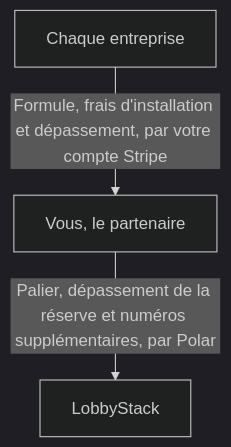
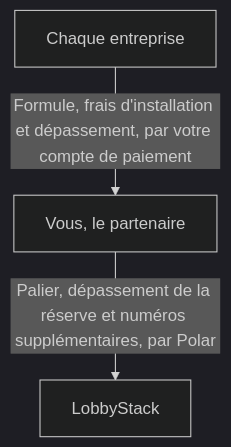
Before and after one commit to lobbystack/lobbystack: the diagram in mintlify/fr/white-label/overview.mdx, drawn with Mermaid (dark theme). The commit also changed other lines of this file and 29 other files, not shown here.

````diff
--- a/mintlify/fr/white-label/overview.mdx
+++ b/mintlify/fr/white-label/overview.mdx
@@ -61,5 +61,5 @@
 ```mermaid
 flowchart TD
-  business["Chaque entreprise"] -- "Formule, frais d'installation et dépassement, par votre compte Stripe" --> partner["Vous, le partenaire"]
+  business["Chaque entreprise"] -- "Formule, frais d'installation et dépassement, par votre compte de paiement" --> partner["Vous, le partenaire"]
   partner -- "Palier, dépassement de la réserve et numéros supplémentaires, par Polar" --> host["LobbyStack"]
 ```
````
